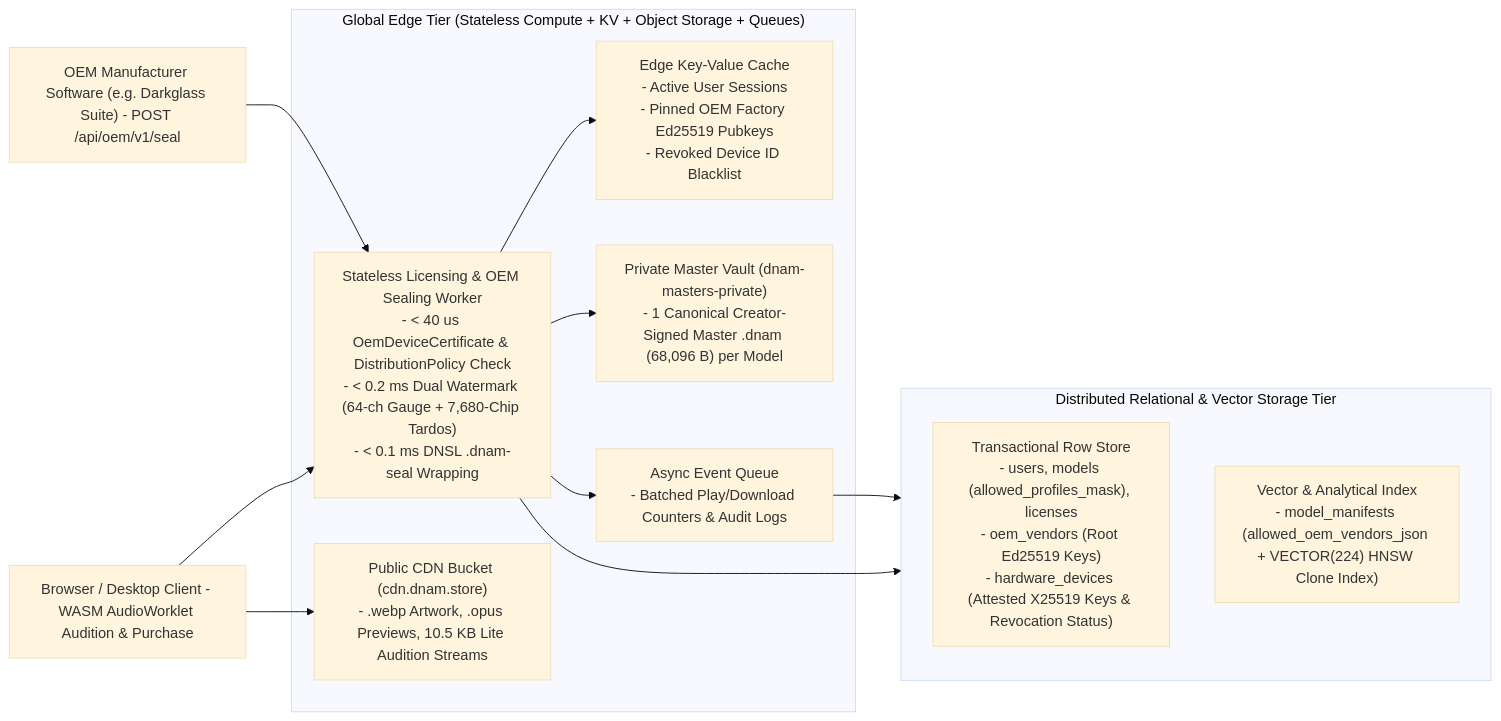
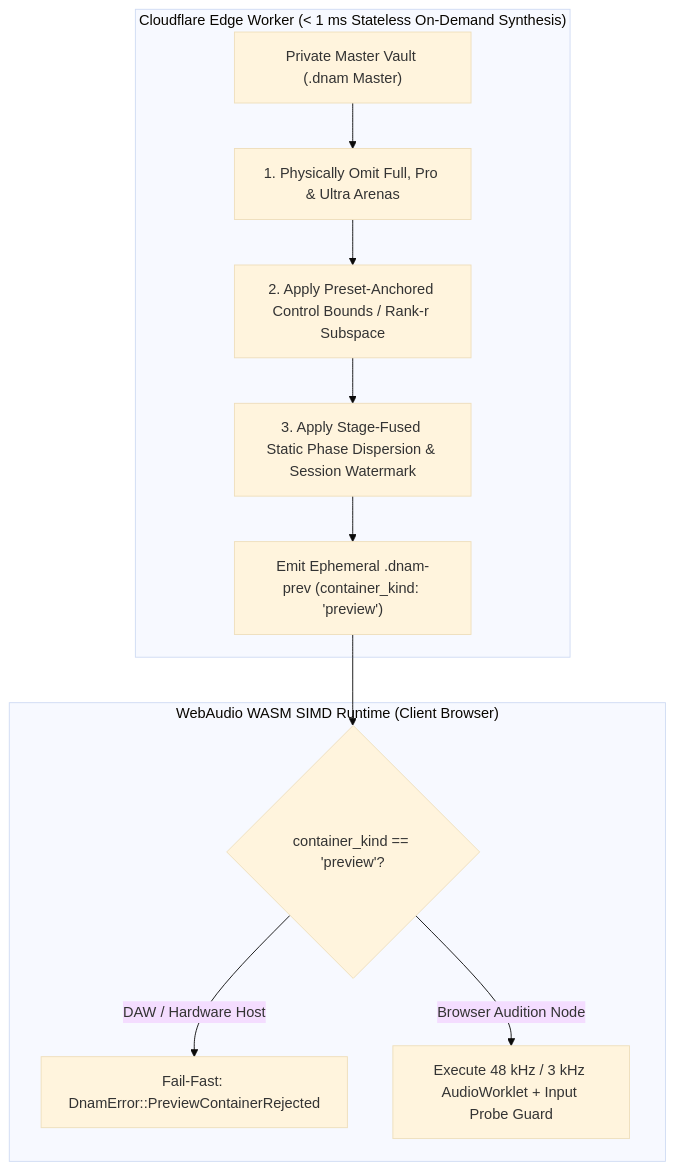
One commit to dnam-project/dnam changed the second of 3 diagrams in docs/security/watermarking_and_marketplace.md. Above: the diagram before and after it, drawn with Mermaid (base theme). The commit also changed other lines of this file and 105 other files, not shown here.

````diff
--- a/docs/security/watermarking_and_marketplace.md
+++ b/docs/security/watermarking_and_marketplace.md
@@ -111,27 +81,15 @@
 ```mermaid
-flowchart LR
-    WebUser["Browser / Desktop Client - WASM AudioWorklet Audition & Purchase"] --> Edge
-    OemApp["OEM Manufacturer Software (e.g. Darkglass Suite) - POST /api/oem/v1/seal"] --> Edge
-
-    subgraph Cloudflare ["Global Edge Tier (Stateless Compute + KV + Object Storage + Queues)"]
-        Edge["Stateless Licensing & OEM Sealing Worker<br/>- < 40 us OemDeviceCertificate & DistributionPolicy Check<br/>- < 0.2 ms Dual Watermark (64-ch Gauge + 7,680-Chip Tardos)<br/>- < 0.1 ms DNSL .dnam-seal Wrapping"]
-        KV["Edge Key-Value Cache<br/>- Active User Sessions<br/>- Pinned OEM Factory Ed25519 Pubkeys<br/>- Revoked Device ID Blacklist"]
-        R2Pub["Public CDN Bucket (cdn.dnam.store)<br/>- .webp Artwork, .opus Previews, 10.5 KB Lite Audition Streams"]
-        R2Priv["Private Master Vault (dnam-masters-private)<br/>- 1 Canonical Creator-Signed Master .dnam (68,096 B) per Model"]
-        Queue["Async Event Queue<br/>- Batched Play/Download Counters & Audit Logs"]
+flowchart TD
+    subgraph EdgeWorker ["Cloudflare Edge Worker (< 1 ms Stateless On-Demand Synthesis)"]
+        Vault["Private Master Vault (.dnam Master)"] --> Strip["1. Physically Omit Full, Pro & Ultra Arenas"]
+        Strip --> Bound["2. Apply Preset-Anchored Control Bounds / Rank-r Subspace"]
+        Bound --> Disp["3. Apply Stage-Fused Static Phase Dispersion & Session Watermark"]
+        Disp --> Emit["Emit Ephemeral .dnam-prev (container_kind: 'preview')"]
     end
 
-    Edge --> KV
-    Edge --> R2Priv
-    Edge --> Queue
-    WebUser --> R2Pub
-
-    subgraph TiDB ["Distributed Relational & Vector Storage Tier"]
-        direction TB
-        TiKV["Transactional Row Store<br/>- users, models (allowed_profiles_mask), licenses<br/>- oem_vendors (Root Ed25519 Keys)<br/>- hardware_devices (Attested X25519 Keys & Revocation Status)"]
-        TiFlash["Vector & Analytical Index<br/>- model_manifests (allowed_oem_vendors_json + VECTOR(224) HNSW Clone Index)"]
+    subgraph Browser ["WebAudio WASM SIMD Runtime (Client Browser)"]
+        Emit --> Check{"container_kind == 'preview'?"}
+        Check -- "DAW / Hardware Host" --> Reject["Fail-Fast: DnamError::PreviewContainerRejected"]
+        Check -- "Browser Audition Node" --> Play["Execute 48 kHz / 3 kHz AudioWorklet + Input Probe Guard"]
     end
-
-    Edge --> TiDB
-    Queue --> TiDB
 ```
````
